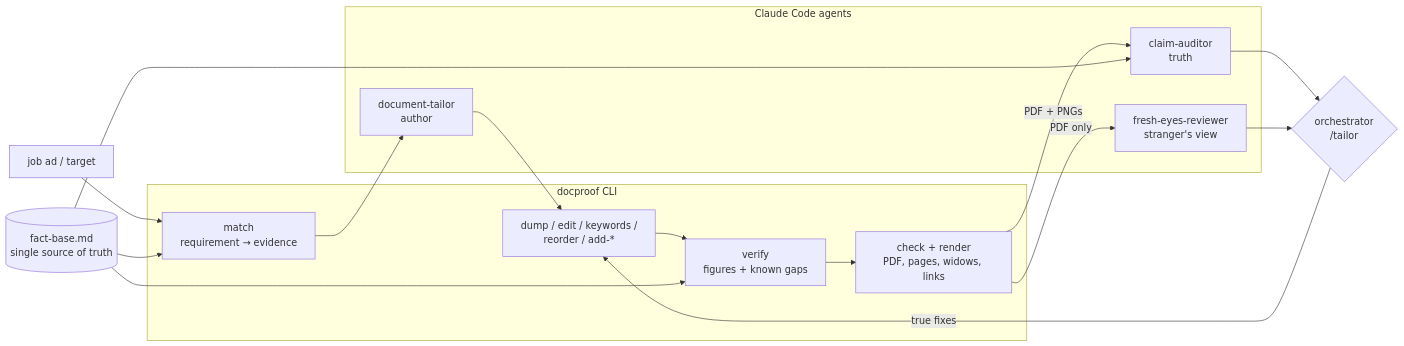
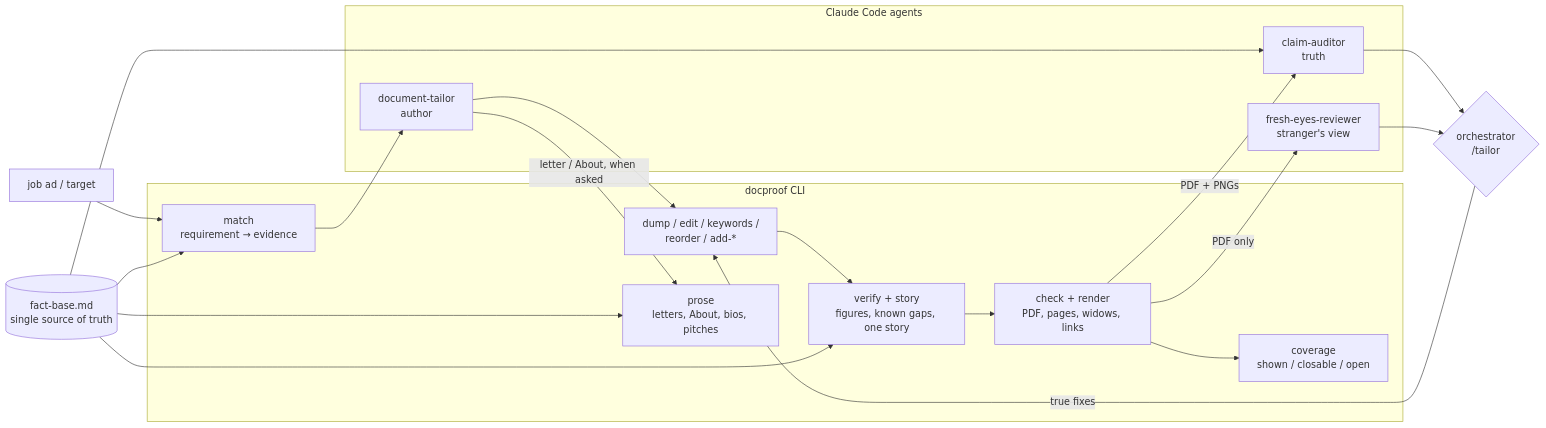
One commit to MaHmOuDeB/docproof changed the diagram in docs/architecture.md. Above: the diagram before and after it, drawn with Mermaid. The commit also changed other lines of this file and 26 other files, not shown here.

First line of the commit message:
Cover letters, profiles and requirement coverage (0.3.0)

````diff
--- a/docs/architecture.md
+++ b/docs/architecture.md
@@ -7,27 +7,31 @@
 ```mermaid
 flowchart LR
     FB[(fact-base.md<br/>single source of truth)]
     AD[job ad / target]
     subgraph Agents [Claude Code agents]
         T[document-tailor<br/>author]
         A[claim-auditor<br/>truth]
         R[fresh-eyes-reviewer<br/>stranger's view]
     end
     subgraph CLI [docproof CLI]
         M[match<br/>requirement → evidence]
         E[dump / edit / keywords /<br/>reorder / add-*]
-        V[verify<br/>figures + known gaps]
+        V[verify + story<br/>figures, known gaps, one story]
         C[check + render<br/>PDF, pages, widows, links]
+        CV[coverage<br/>shown / closable / open]
+        P[prose<br/>letters, About, bios, pitches]
     end
     AD --> M
     FB --> M
     M --> T
-    T --> E --> V --> C
+    T --> E --> V --> C --> CV
     FB --> V
+    FB --> P
+    T -->|letter / About, when asked| P
     C -->|PDF + PNGs| A
     C -->|PDF only| R
     FB --> A
     A --> O{orchestrator<br/>/tailor}
     R --> O
     O -->|true fixes| E
 ```
````
